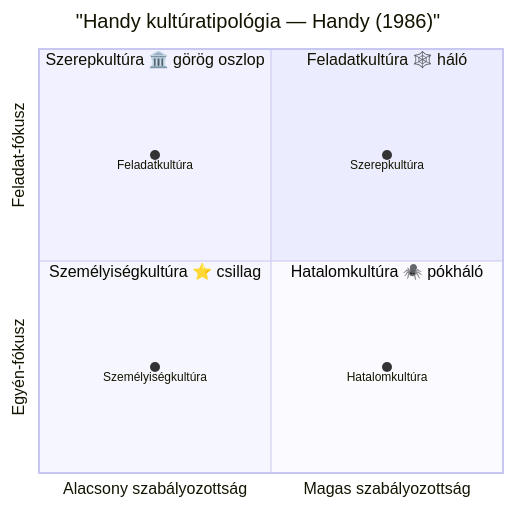
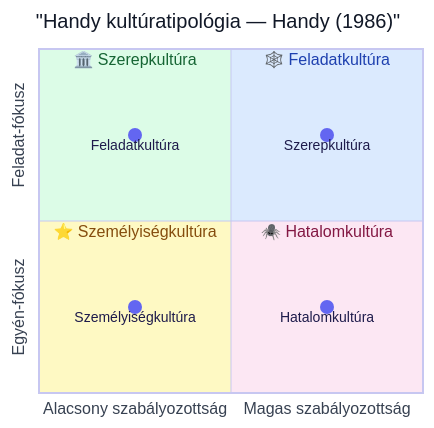
One commit to denespocsik/MM_BSC_Zarovizsga changed the first of 2 diagrams in Tételek/K12-GMXHR1MBLF-Szervezeti kultúra.tétel.md. Above: the diagram before and after it, drawn with Mermaid. The commit also changed other lines of this file, not shown here.

First line of the commit message:
style(K12): apply themed quadrant colors and classDef to iceberg model diagrams

````diff
--- a/Tételek/K12-GMXHR1MBLF-Szervezeti kultúra.tétel.md
+++ b/Tételek/K12-GMXHR1MBLF-Szervezeti kultúra.tétel.md
@@ -13,14 +13,26 @@
 ```mermaid
+%%{init: {
+  "quadrantChart": {"chartWidth": 420, "chartHeight": 420, "pointRadius": 7, "pointLabelFontSize": 14},
+  "themeVariables": {
+    "quadrant1Fill": "#dbeafe", "quadrant1TextFill": "#1e40af",
+    "quadrant2Fill": "#dcfce7", "quadrant2TextFill": "#166534",
+    "quadrant3Fill": "#fef9c3", "quadrant3TextFill": "#854d0e",
+    "quadrant4Fill": "#fce7f3", "quadrant4TextFill": "#831843",
+    "quadrantPointFill": "#6366f1", "quadrantPointTextFill": "#1e1b4b",
+    "quadrantXAxisTextFill": "#374151", "quadrantYAxisTextFill": "#374151",
+    "quadrantTitleFill": "#111827"
+  }
+}}%%
 quadrantChart
     title "Handy kultúratipológia — Handy (1986)"
     x-axis "Alacsony szabályozottság" --> "Magas szabályozottság"
     y-axis "Egyén-fókusz" --> "Feladat-fókusz"
-    quadrant-1 "Feladatkultúra 🕸️ háló"
-    quadrant-2 "Szerepkultúra 🏛️ görög oszlop"
-    quadrant-3 "Személyiségkultúra ⭐ csillag"
-    quadrant-4 "Hatalomkultúra 🕷️ pókháló"
+    quadrant-1 "🕸️ Feladatkultúra"
+    quadrant-2 "🏛️ Szerepkultúra"
+    quadrant-3 "⭐ Személyiségkultúra"
+    quadrant-4 "🕷️ Hatalomkultúra"
     "Feladatkultúra": [0.25, 0.75]
     "Szerepkultúra": [0.75, 0.75]
     "Személyiségkultúra": [0.25, 0.25]
     "Hatalomkultúra": [0.75, 0.25]
 ```
````
